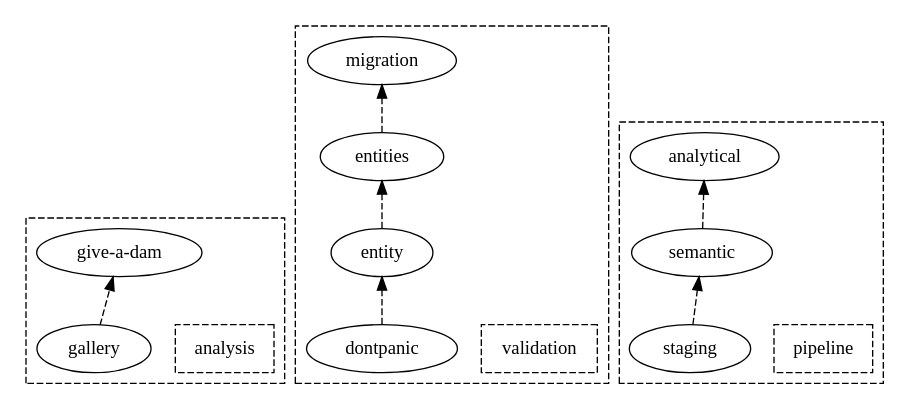
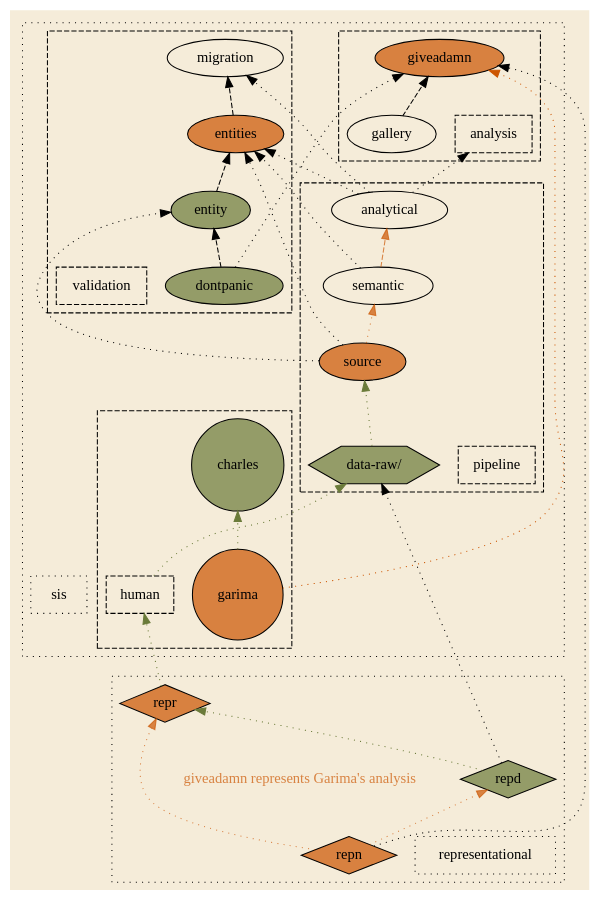
The diagram in dot/file-structure.dot (guptagarima1988/gg), drawn with Graphviz before and after one commit. The commit also changed 2 other files, not shown here.

Commit message:
updated roadmap  dot

```diff
--- a/dot/file-structure.dot
+++ b/dot/file-structure.dot
@@ -1,30 +1,102 @@
 digraph G {
+    bgcolor="#F5ECD9"
     rankdir=BT
+    edge [style=dotted]
+    size="6,12"
+
+    subgraph cluster_representational {
+        rankdir=TB
+        style=dotted
+        node [shape=diamond, fillcolor="#CC5500B3", style=filled]
+        edge [style=dotted, color="#CC5500B3"]
+
+        repl [label="representational", shape=box, style=dotted]
+
+        repd [fillcolor="#6B7B3AB3"]
+
+        repn -> repd 
+        repd -> repr [color="#6B7B3A"]
+        repn -> repr [
+            label="giveadamn represents Garima's analysis",
+            color="#CC5500B3", fontcolor="#CC5500B3"]
+    }
+
+
+subgraph cluster_sis {
+    style="dotted"
     
+    sis [shape=box, style=dotted,
+        label="sis"]
+
+
+
+
     subgraph cluster_analysis {
         style = dashed
 
         analysis [shape=box, style=dashed]
-        giveadamn [label="give-a-dam"]
+
+        giveadamn [fillcolor="#CC5500B3", style=filled]
 
         gallery -> giveadamn [style=dashed]
     }
 
     subgraph cluster_validation {
         style = dashed
+
+        dontpanic [fillcolor="#6B7B3AB3", style=filled]
+        entity [fillcolor="#6B7B3AB3", style=filled]
+        entities [fillcolor="#CC5500B3", style=filled]
 
         validation [shape=box, style=dashed]
 
         dontpanic->entity->entities->migration [style=dashed]
     }
 
     subgraph cluster_pipeline { 
         style = dashed
+        edge [color="#CC5500B3"]
 
+
+        source [label="source", fillcolor="#CC5500B3", style=filled]
         pipeline [shape=box, style=dashed]
+        raw  [label="data-raw/",shape=hexagon, fillcolor="#6B7B3AB3", style=filled]
 
-        staging->semantic->analytical [style=dashed]
+        raw->source [color="#6B7B3A"]
+        source->semantic
+        semantic->analytical [style=dashed]
 
     }
 
+    subgraph cluster_humans {
+        node[shape=circle]
+        style="dashed"
+
+        human [style=dashed, shape=box]
+
+        charles [fillcolor="#6B7B3AB3", style=filled]
+        garima [fillcolor="#CC5500B3", style=filled]
+
+        garima
+        charles
+
+        garima -> charles [color="#6B7B3A"]
+    }
 }
+
+    analytical -> analysis [style=dotted]
+
+    human -> raw [color="#6B7B3A"]
+    garima -> giveadamn [color="#CC5500"]
+    source -> entity
+    source -> entities
+    semantic -> entities
+    analytical -> entities
+    analytical -> migration
+
+    repr -> human [color="#6B7B3A"]
+    repn -> giveadamn
+    repd -> raw
+    dontpanic -> giveadamn
+
+}
```
